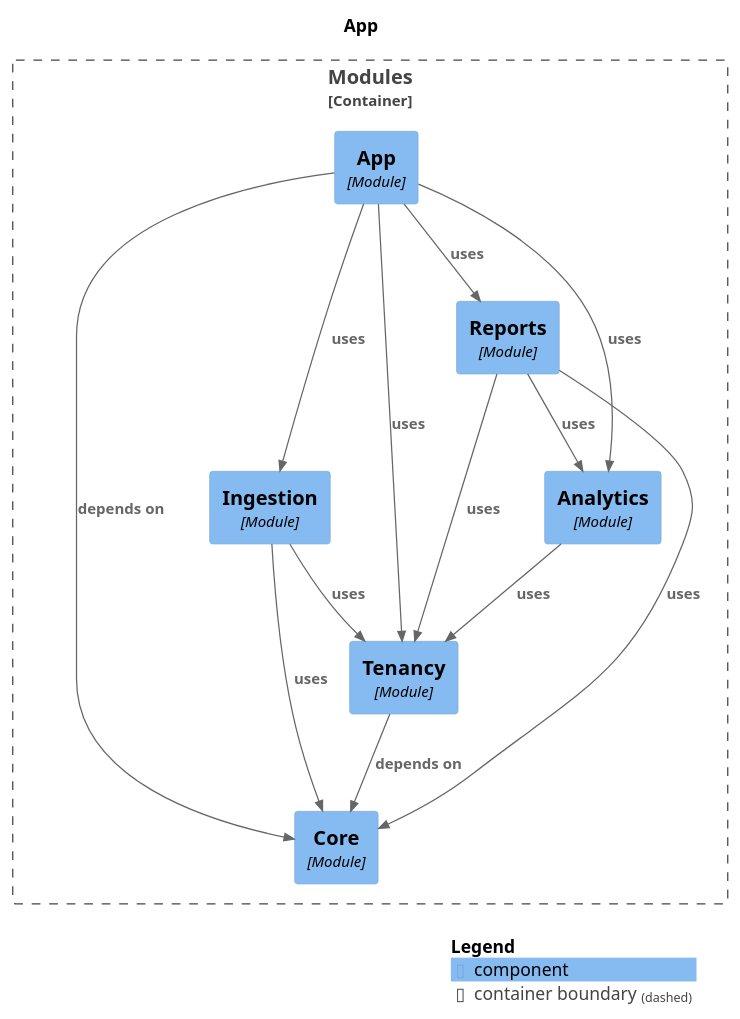
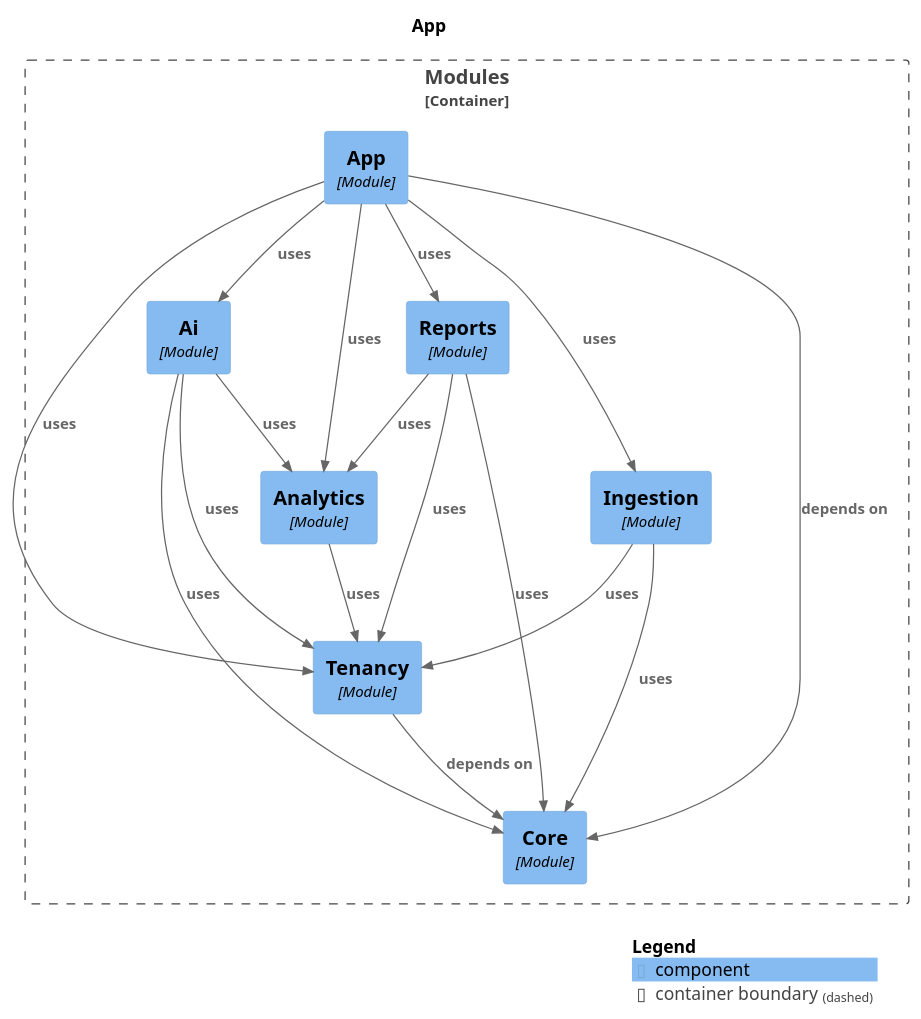
The diagram in docs/architecture/generated/modulith/module-app.puml (aliemrahpekesen/eKingProducitivtyMeter), drawn with PlantUML before and after one commit. The commit also changed 9 other files, not shown here.

Commit message:
docs: ADR-024, AI explain layer guide, TASK-0024 record, regenerated diagrams [TASK-0024]

```diff
--- a/docs/architecture/generated/modulith/module-app.puml
+++ b/docs/architecture/generated/modulith/module-app.puml
@@ -1,34 +1,39 @@
 @startuml
 set separator none
 title App
 
 top to bottom direction
 
 !include <C4/C4>
 !include <C4/C4_Context>
 !include <C4/C4_Component>
 
 Container_Boundary("Modules.Modules_boundary", "Modules", $tags="") {
+  Component(Modules.Modules.Tenancy, "Tenancy", $techn="Module", $descr="", $tags="", $link="")
+  Component(Modules.Modules.Ai, "Ai", $techn="Module", $descr="", $tags="", $link="")
   Component(Modules.Modules.Analytics, "Analytics", $techn="Module", $descr="", $tags="", $link="")
   Component(Modules.Modules.App, "App", $techn="Module", $descr="", $tags="", $link="")
   Component(Modules.Modules.Core, "Core", $techn="Module", $descr="", $tags="", $link="")
   Component(Modules.Modules.Ingestion, "Ingestion", $techn="Module", $descr="", $tags="", $link="")
   Component(Modules.Modules.Reports, "Reports", $techn="Module", $descr="", $tags="", $link="")
-  Component(Modules.Modules.Tenancy, "Tenancy", $techn="Module", $descr="", $tags="", $link="")
 }
 
+Rel(Modules.Modules.Ai, Modules.Modules.Tenancy, "uses", $techn="", $tags="", $link="")
+Rel(Modules.Modules.Ai, Modules.Modules.Analytics, "uses", $techn="", $tags="", $link="")
+Rel(Modules.Modules.Ai, Modules.Modules.Core, "uses", $techn="", $tags="", $link="")
 Rel(Modules.Modules.Analytics, Modules.Modules.Tenancy, "uses", $techn="", $tags="", $link="")
 Rel(Modules.Modules.App, Modules.Modules.Core, "depends on", $techn="", $tags="", $link="")
 Rel(Modules.Modules.App, Modules.Modules.Ingestion, "uses", $techn="", $tags="", $link="")
 Rel(Modules.Modules.App, Modules.Modules.Tenancy, "uses", $techn="", $tags="", $link="")
+Rel(Modules.Modules.App, Modules.Modules.Ai, "uses", $techn="", $tags="", $link="")
+Rel(Modules.Modules.App, Modules.Modules.Reports, "uses", $techn="", $tags="", $link="")
 Rel(Modules.Modules.App, Modules.Modules.Analytics, "uses", $techn="", $tags="", $link="")
-Rel(Modules.Modules.App, Modules.Modules.Reports, "uses", $techn="", $tags="", $link="")
-Rel(Modules.Modules.Ingestion, Modules.Modules.Tenancy, "uses", $techn="", $tags="", $link="")
-Rel(Modules.Modules.Ingestion, Modules.Modules.Core, "uses", $techn="", $tags="", $link="")
 Rel(Modules.Modules.Reports, Modules.Modules.Analytics, "uses", $techn="", $tags="", $link="")
 Rel(Modules.Modules.Reports, Modules.Modules.Tenancy, "uses", $techn="", $tags="", $link="")
 Rel(Modules.Modules.Reports, Modules.Modules.Core, "uses", $techn="", $tags="", $link="")
+Rel(Modules.Modules.Ingestion, Modules.Modules.Tenancy, "uses", $techn="", $tags="", $link="")
+Rel(Modules.Modules.Ingestion, Modules.Modules.Core, "uses", $techn="", $tags="", $link="")
 Rel(Modules.Modules.Tenancy, Modules.Modules.Core, "depends on", $techn="", $tags="", $link="")
 
 SHOW_LEGEND(true)
 @enduml
```
